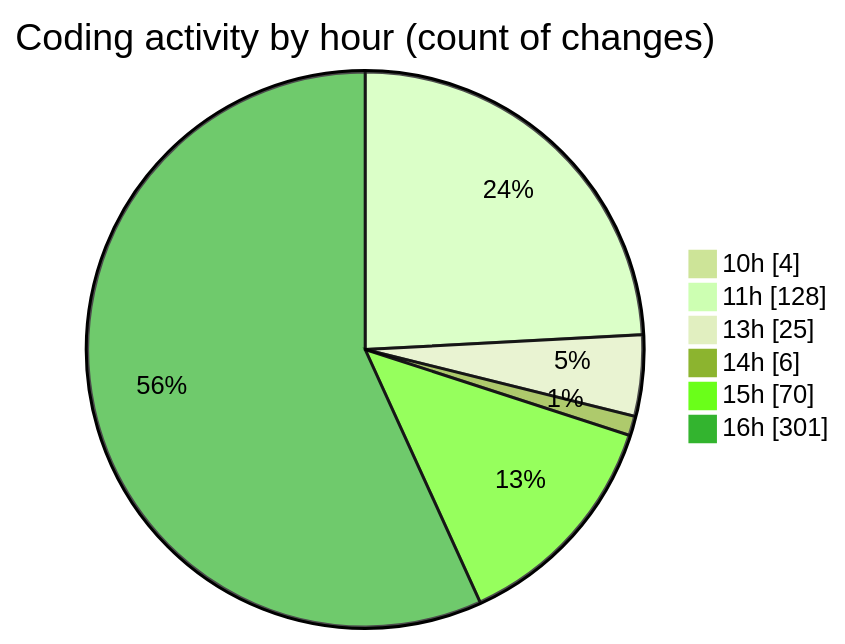
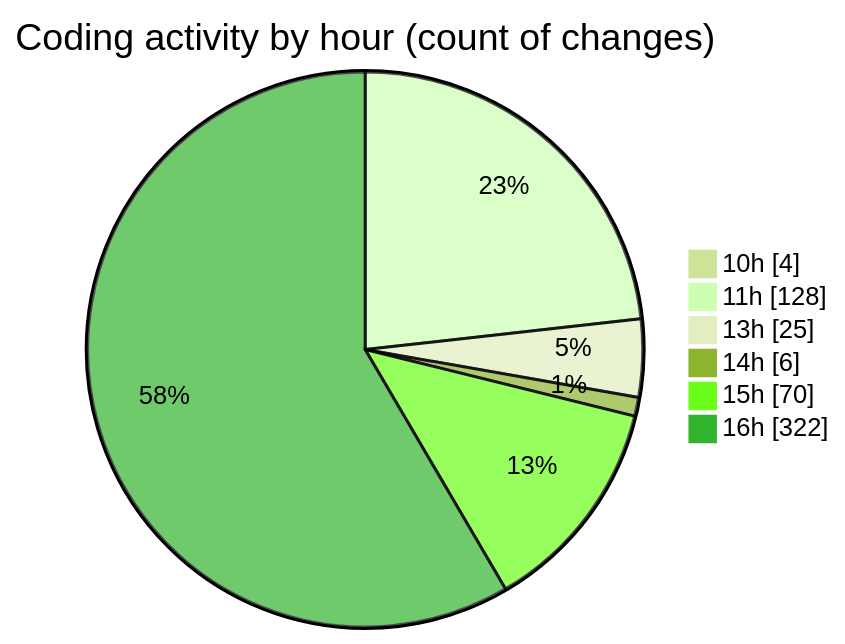
The second of 2 diagrams in 2025-04-14/nxtqube_webapp/README.md (nxtqubesakshisongat/code-tracking), drawn with Mermaid (forest theme) before and after one commit. The commit also changed other lines of this file and 1 other file, not shown here.

````diff
--- a/2025-04-14/nxtqube_webapp/README.md
+++ b/2025-04-14/nxtqube_webapp/README.md
@@ -40,10 +41,10 @@
 ```mermaid
 pie showData
 title Coding activity by hour (count of changes)
 "10h" : 4
 "11h" : 128
 "13h" : 25
 "14h" : 6
 "15h" : 70
-"16h" : 301
+"16h" : 322
 ```
````
